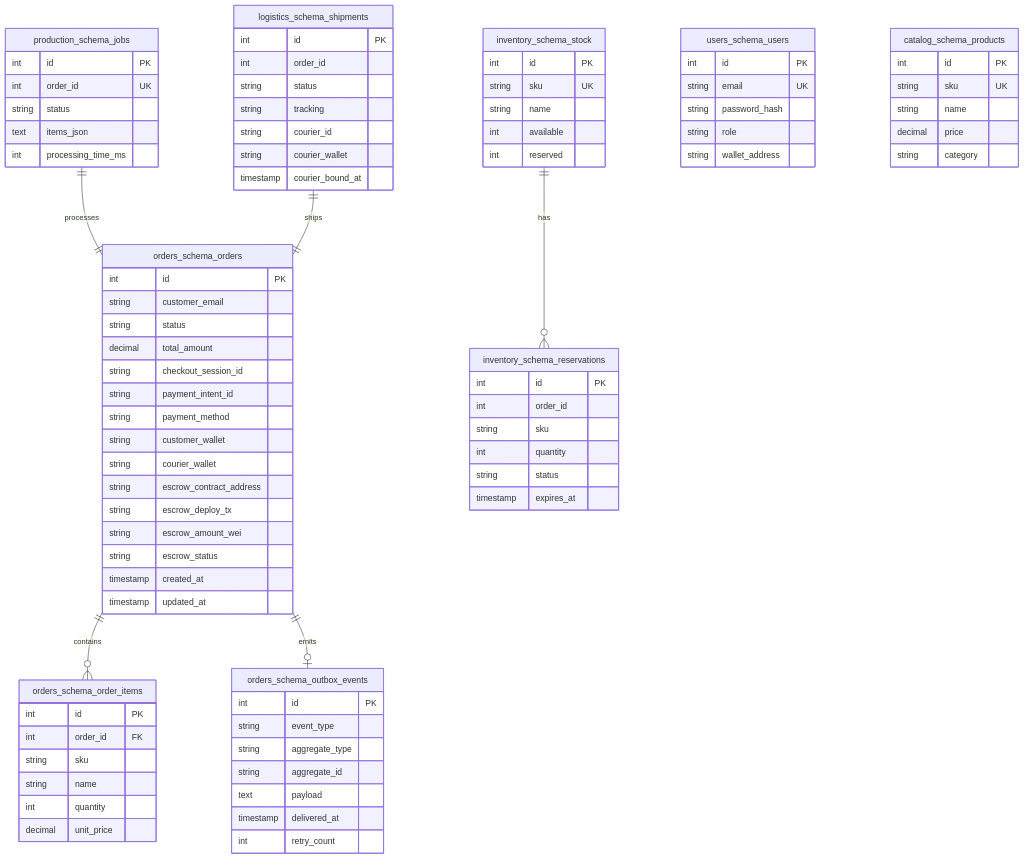
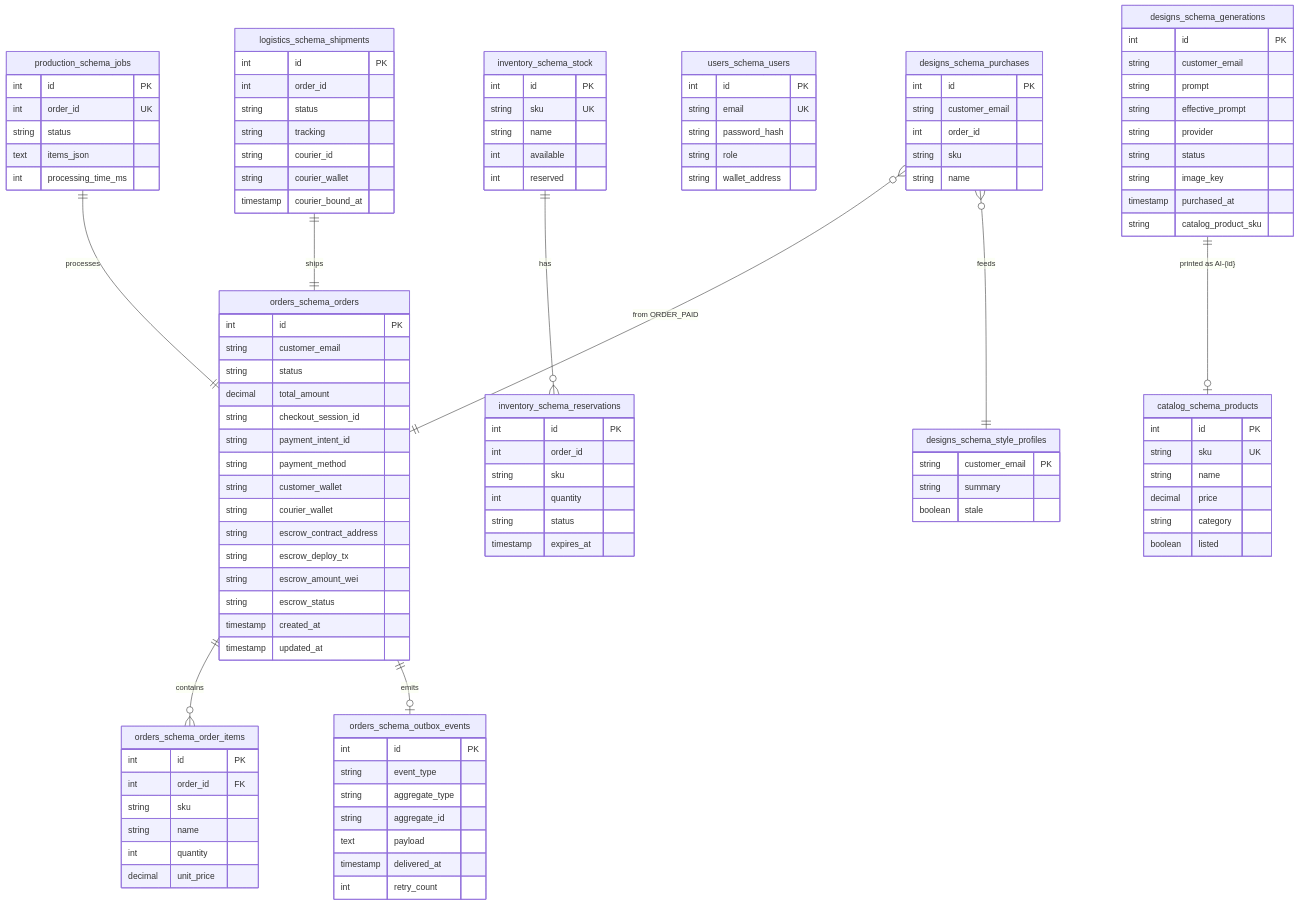
The eighth of 10 diagrams in docs/ARCHITECTURE.md (PolovinaD/posters-shop), drawn with Mermaid before and after one commit. The commit also changed other lines of this file and 9 other files, not shown here.

````diff
--- a/docs/ARCHITECTURE.md
+++ b/docs/ARCHITECTURE.md
@@ -391,6 +473,33 @@
         string name
         decimal price
         string category
+        boolean listed
+    }
+    
+    designs_schema_generations {
+        int id PK
+        string customer_email
+        string prompt
+        string effective_prompt
+        string provider
+        string status
+        string image_key
+        timestamp purchased_at
+        string catalog_product_sku
+    }
+    
+    designs_schema_purchases {
+        int id PK
+        string customer_email
+        int order_id
+        string sku
+        string name
+    }
+    
+    designs_schema_style_profiles {
+        string customer_email PK
+        string summary
+        boolean stale
     }
     
     orders_schema_orders ||--o{ orders_schema_order_items : contains
@@ -398,4 +507,7 @@
     inventory_schema_stock ||--o{ inventory_schema_reservations : has
     production_schema_jobs ||--|| orders_schema_orders : processes
     logistics_schema_shipments ||--|| orders_schema_orders : ships
+    designs_schema_generations ||--o| catalog_schema_products : "printed as AI-{id}"
+    designs_schema_purchases }o--|| orders_schema_orders : "from ORDER_PAID"
+    designs_schema_purchases }o--|| designs_schema_style_profiles : feeds
 ```
````
